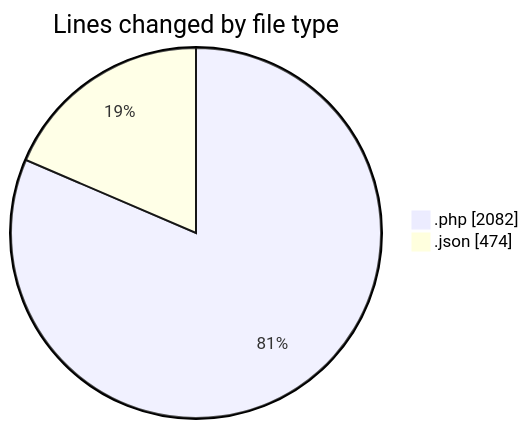
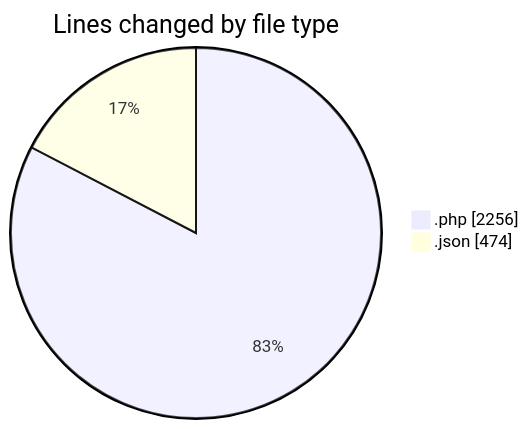
One commit to idhammustaqopulfikri/code-tracking changed the first of 2 diagrams in 2025-06-16/studio-backend/README.md. Above: the diagram before and after it, drawn with Mermaid. The commit also changed other lines of this file and 1 other file, not shown here.

````diff
--- a/2025-06-16/studio-backend/README.md
+++ b/2025-06-16/studio-backend/README.md
@@ -34,6 +35,6 @@
 ```mermaid
 pie showData
 title Lines changed by file type
-".php" : 2082
+".php" : 2256
 ".json" : 474
 ```
````
